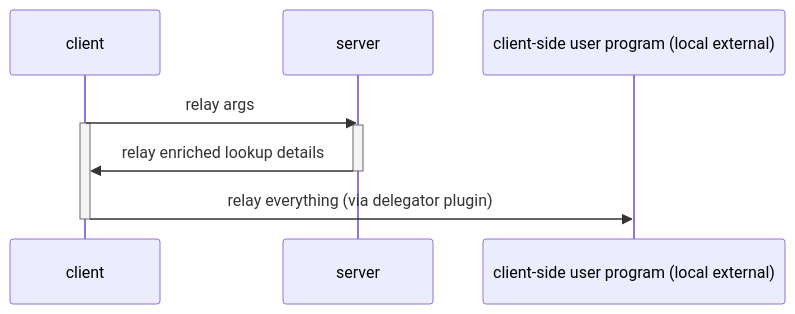
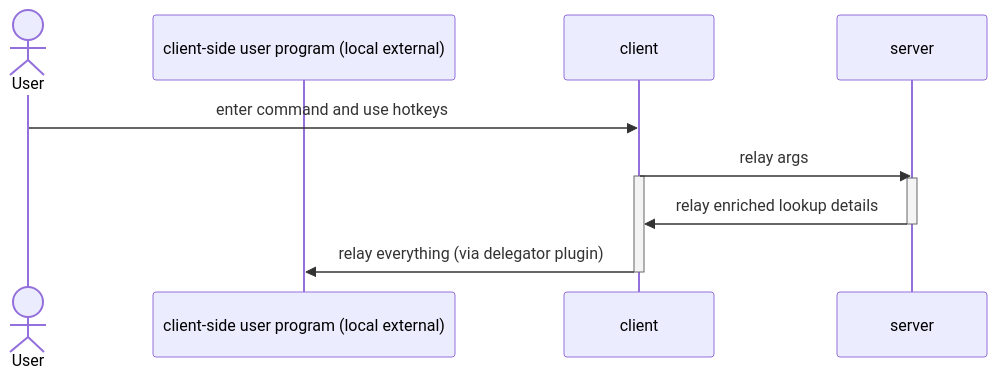
The diagram in readme.md (argrelay/argrelay), drawn with Mermaid before and after one commit.

Commit message:
Add user to the diagram

````diff
--- a/readme.md
+++ b/readme.md
@@ -78,13 +78,15 @@
 ```mermaid
 sequenceDiagram
+    actor U as User
+    participant P as client-side user program (local external)
     participant C as client
     participant S as server
-    participant P as client-side user program (local external)
+    U ->> C: enter command and use hotkeys
     C ->> S: relay args
     activate C
     activate S
     S ->> C: relay enriched lookup details
     deactivate S
     C ->> P: relay everything (via delegator plugin)
     deactivate C
 ```
````
